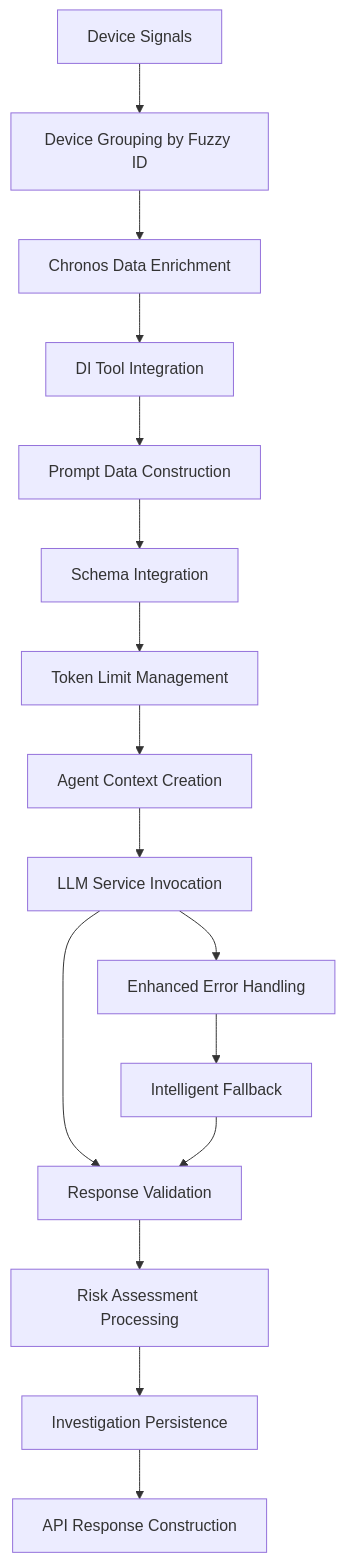
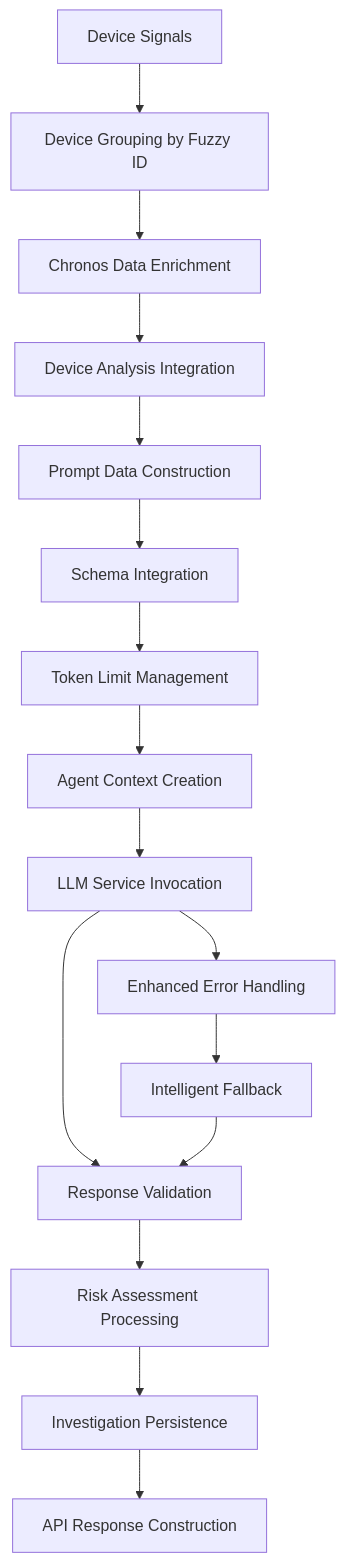
The diagram in olorin-server/docs/analysis/DEVICE_DOMAIN_LLM_ANALYSIS.md (Olorin-ai-git/Bayit-Plus), drawn with Mermaid before and after one commit. The commit also changed other lines of this file and 10 other files, not shown here.

````diff
--- a/olorin-server/docs/analysis/DEVICE_DOMAIN_LLM_ANALYSIS.md
+++ b/olorin-server/docs/analysis/DEVICE_DOMAIN_LLM_ANALYSIS.md
@@ -28,19 +28,19 @@
 ```mermaid
 graph TD
     A[Device Signals] --> B[Device Grouping by Fuzzy ID]
     B --> C[Chronos Data Enrichment]
-    C --> D[DI Tool Integration]
+    C --> D[Device Analysis Integration]
     D --> E[Prompt Data Construction]
     E --> F[Schema Integration]
     F --> G[Token Limit Management]
     G --> H[Agent Context Creation]
     H --> I[LLM Service Invocation]
     I --> J[Response Validation]
     J --> K[Risk Assessment Processing]
     K --> L[Investigation Persistence]
     L --> M[API Response Construction]
     
     N[Intelligent Fallback] --> J
     O[Enhanced Error Handling] --> N
     I --> O
 ```
````
